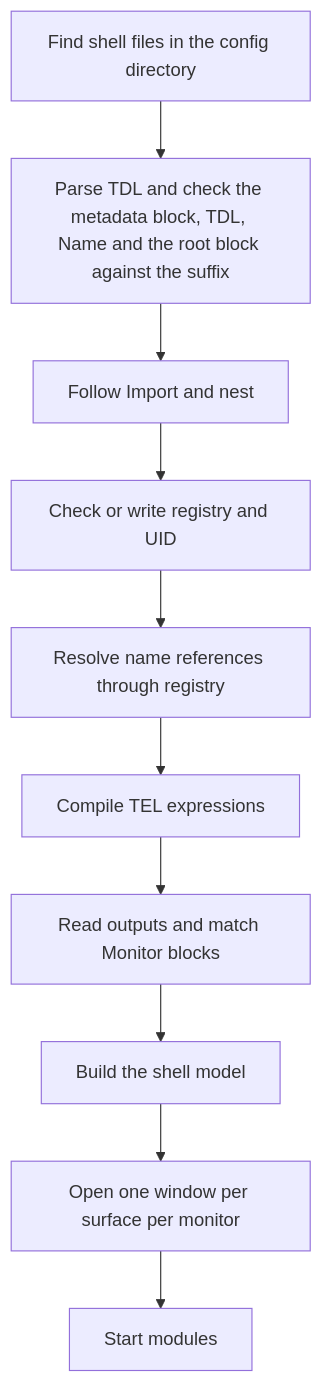
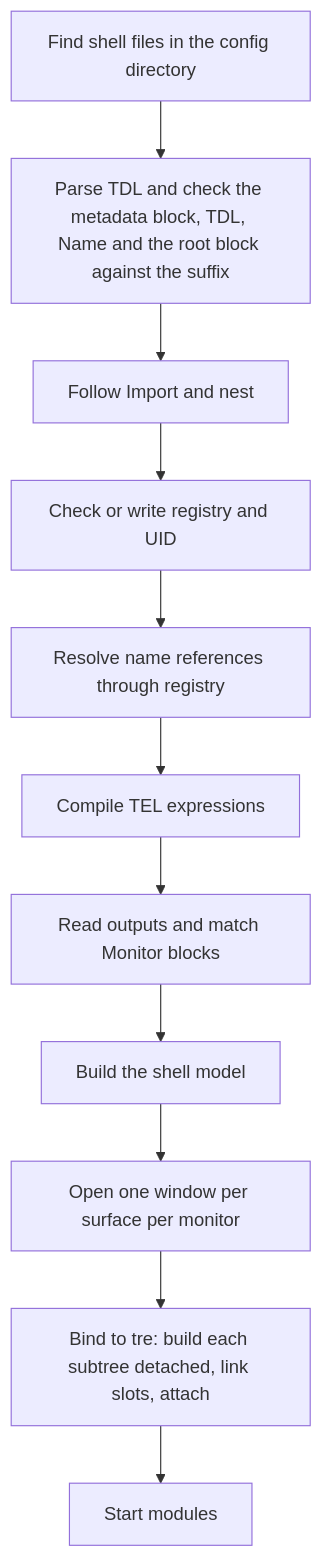
The first of 3 diagrams in docs/20 Architecture/Data Flow.md (mindderivative/tess-shell), drawn with Mermaid before and after one commit. The commit also changed other lines of this file and 81 other files, not shown here.

````diff
--- a/docs/20 Architecture/Data Flow.md
+++ b/docs/20 Architecture/Data Flow.md
@@ -19,12 +19,13 @@
 ```mermaid
 flowchart TD
     a[Find shell files in the config directory] --> b[Parse TDL and check the metadata block, TDL, Name and the root block against the suffix]
     b --> c[Follow Import and nest]
     c --> d[Check or write registry and UID]
     d --> e[Resolve name references through registry]
     e --> f[Compile TEL expressions]
     f --> g[Read outputs and match Monitor blocks]
     g --> h[Build the shell model]
     h --> i[Open one window per surface per monitor]
-    i --> j[Start modules]
+    i --> i2[Bind to tre: build each subtree detached, link slots, attach]
+    i2 --> j[Start modules]
 ```
````
